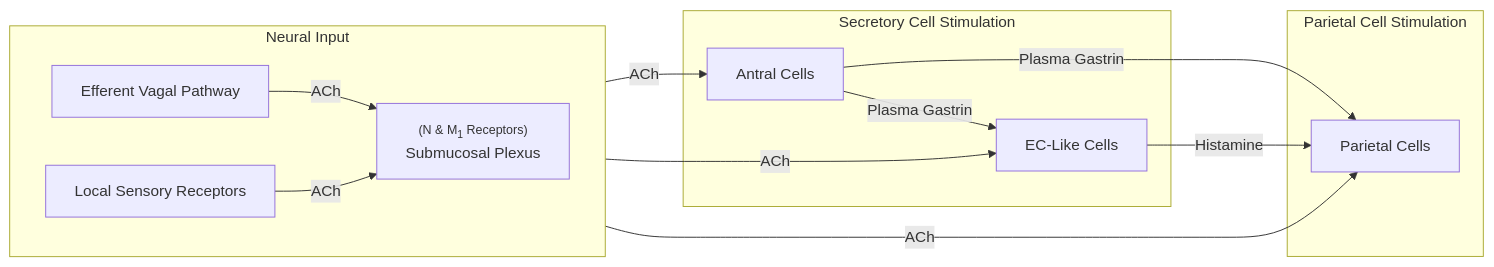
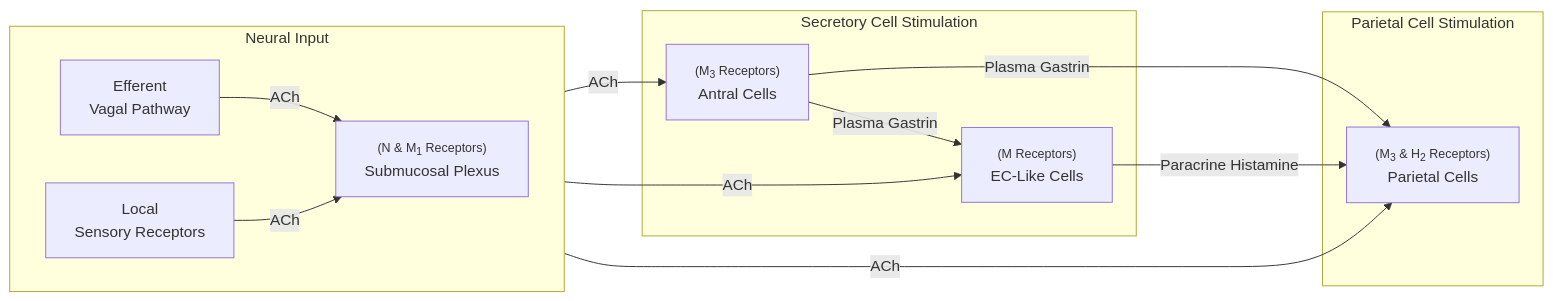
One commit to catskin0106/BiomedStuff changed the diagram in Y3S2 SBMS2106 Pharmacology and Toxicology/Lecture 9.1 - (Gastrointestinal Pharmacology) Gastric Ulcer Drugs.md. Above: the diagram before and after it, drawn with Mermaid. The commit also changed other lines of this file, not shown here.

Commit message:
vault backup: 2025-03-24 06:35:09

````diff
--- a/Y3S2 SBMS2106 Pharmacology and Toxicology/Lecture 9.1 - (Gastrointestinal Pharmacology) Gastric Ulcer Drugs.md
+++ b/Y3S2 SBMS2106 Pharmacology and Toxicology/Lecture 9.1 - (Gastrointestinal Pharmacology) Gastric Ulcer Drugs.md
@@ -22,19 +18,19 @@
 ```mermaid
 flowchart LR
 	subgraph 1["Neural Input"]
 	direction LR
-	a["Efferent Vagal Pathway"] -- ACh --> c["<font size="2">(N & M<sub>1</sub> Receptors)</font><br>Submucosal Plexus"]
-	b["Local Sensory Receptors"] -- ACh --> c
+	a["Efferent<br>Vagal Pathway"] -- ACh --> c["<font size="2">(N & M<sub>1</sub> Receptors)</font><br>Submucosal Plexus"]
+	b["Local<br>Sensory Receptors"] -- ACh --> c
 	end
 	c -- ACh --> d
 	c -- ACh --> e
 	subgraph 2["Secretory Cell Stimulation"]
-	d["Antral Cells"] -- Plasma Gastrin --> e["EC-Like Cells"]
+	d["<font size="2">(M<sub>3</sub> Receptors)</font><br>Antral Cells"] -- Plasma Gastrin --> e["<font size="2">(M Receptors)</font><br>EC-Like Cells"]
 	end
 	c -- ACh --> f
 	d -- Plasma Gastrin --> f
-	e -- Histamine --> f
+	e -- Paracrine Histamine --> f
 	subgraph 3["Parietal Cell Stimulation"]
-	f["Parietal Cells"]
+	f["<font size="2">(M<sub>3</sub> & H<sub>2</sub> Receptors)</font><br>Parietal Cells"]
 	end
 ```
````
